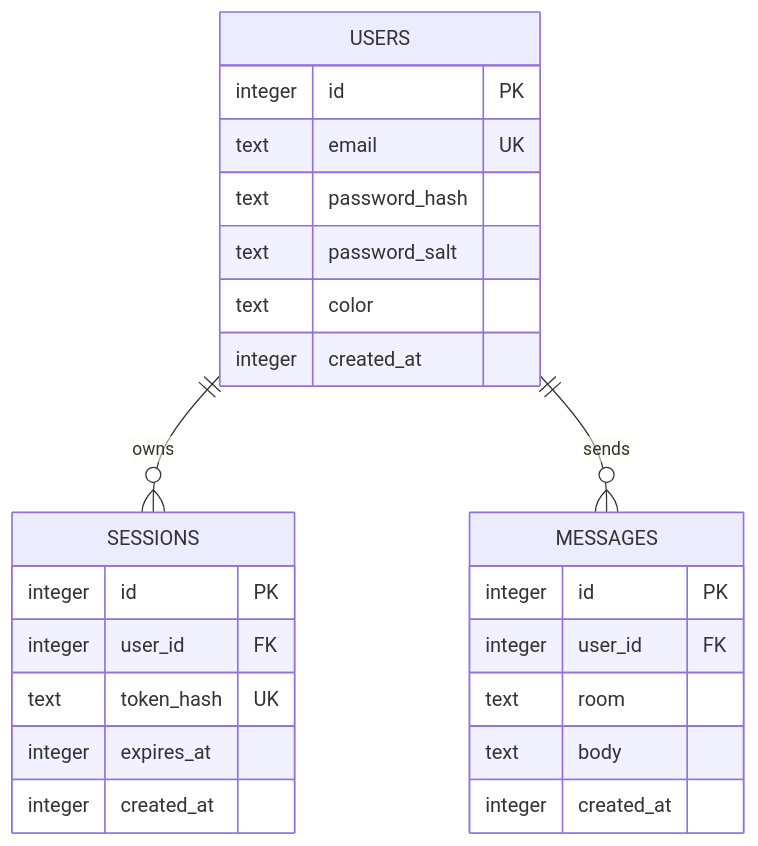
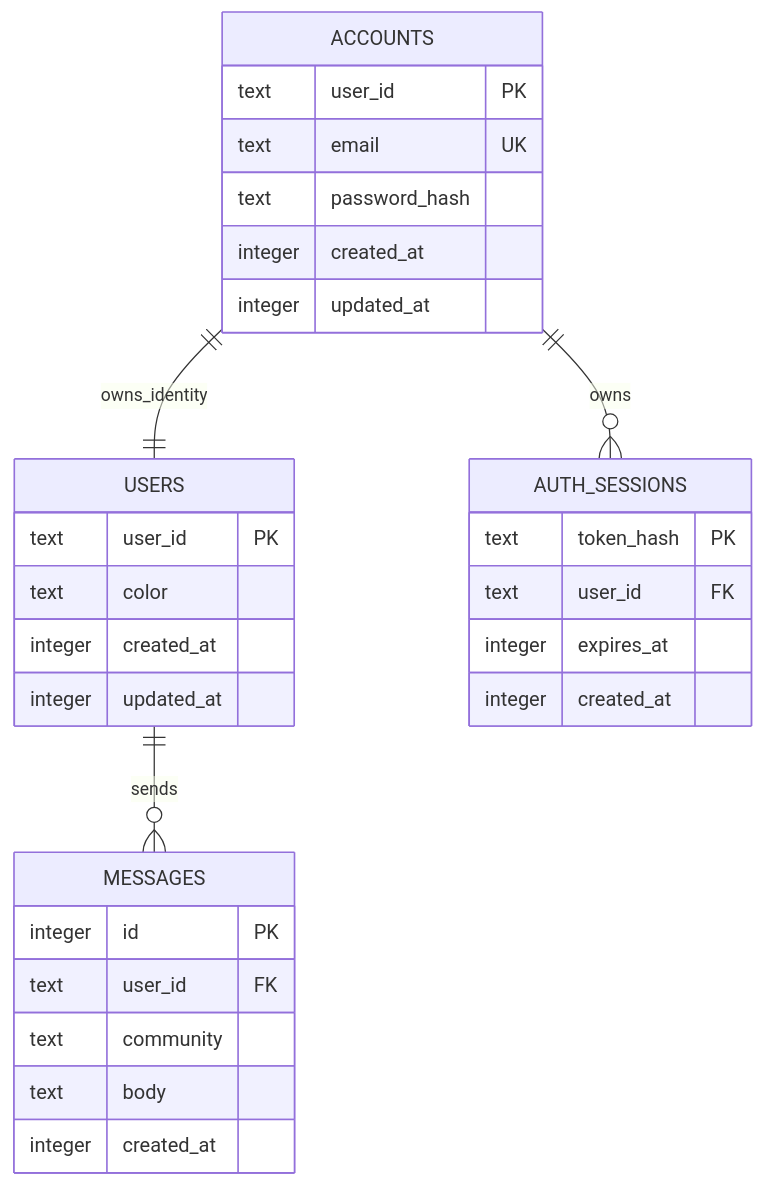
Before and after one commit to ZhaoyuanLiu23/VoidMessage: the second of 2 diagrams in docs/ARCHITECTURE.md, drawn with Mermaid. The commit also changed other lines of this file and 2 other files, not shown here.

Commit message:
Align documentation with production interfaces

```diff
--- a/docs/ARCHITECTURE.md
+++ b/docs/ARCHITECTURE.md
@@ -54,28 +54,33 @@
 ~~~mermaid
 erDiagram
-    USERS ||--o{ SESSIONS : owns
+    ACCOUNTS ||--|| USERS : owns_identity
+    ACCOUNTS ||--o{ AUTH_SESSIONS : owns
     USERS ||--o{ MESSAGES : sends
 
-    USERS {
-        integer id PK
+    ACCOUNTS {
+        text user_id PK
         text email UK
         text password_hash
-        text password_salt
+        integer created_at
+        integer updated_at
+    }
+    USERS {
+        text user_id PK
         text color
         integer created_at
+        integer updated_at
     }
-    SESSIONS {
-        integer id PK
-        integer user_id FK
-        text token_hash UK
+    AUTH_SESSIONS {
+        text token_hash PK
+        text user_id FK
         integer expires_at
         integer created_at
     }
     MESSAGES {
         integer id PK
-        integer user_id FK
-        text room
+        text user_id FK
+        text community
         text body
         integer created_at
     }
 ~~~
```
